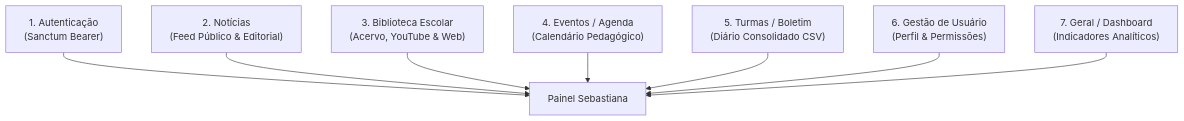
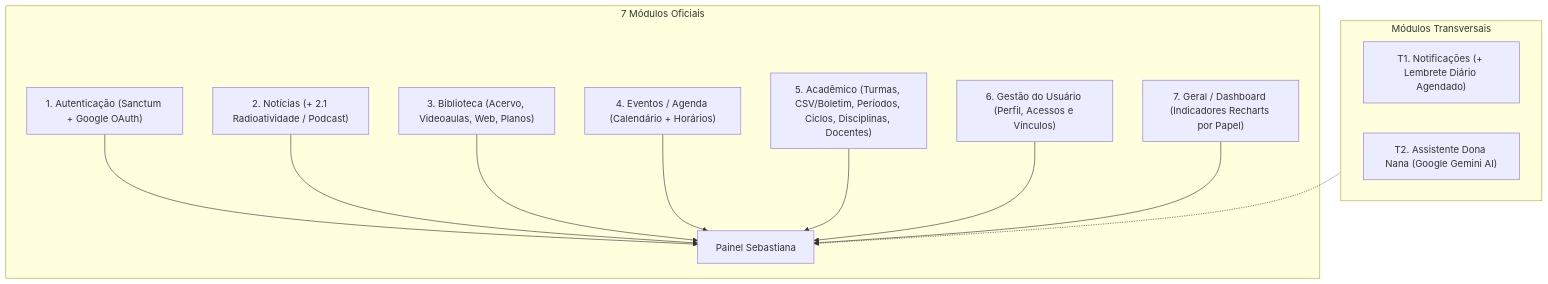
Before and after one commit to EEPSAS/portal-sebastiana: the diagram in README.md, drawn with Mermaid. The commit also changed other lines of this file and 6 other files, not shown here.

````diff
--- a/README.md
+++ b/README.md
@@ -62,10 +73,17 @@
 ```mermaid
 flowchart TD
-    M1["1. Autenticação<br/>(Sanctum Bearer)"] --> Painel["Painel Sebastiana"]
-    M2["2. Notícias<br/>(Feed Público & Editorial)"] --> Painel
-    M3["3. Biblioteca Escolar<br/>(Acervo, YouTube & Web)"] --> Painel
-    M4["4. Eventos / Agenda<br/>(Calendário Pedagógico)"] --> Painel
-    M5["5. Turmas / Boletim<br/>(Diário Consolidado CSV)"] --> Painel
-    M6["6. Gestão de Usuário<br/>(Perfil & Permissões)"] --> Painel
-    M7["7. Geral / Dashboard<br/>(Indicadores Analíticos)"] --> Painel
+    subgraph Oficiais["7 Módulos Oficiais"]
+        M1["1. Autenticação (Sanctum + Google OAuth)"] --> Painel["Painel Sebastiana"]
+        M2["2. Notícias (+ 2.1 Radioatividade / Podcast)"] --> Painel
+        M3["3. Biblioteca (Acervo, Videoaulas, Web, Planos)"] --> Painel
+        M4["4. Eventos / Agenda (Calendário + Horários)"] --> Painel
+        M5["5. Acadêmico (Turmas, CSV/Boletim, Períodos, Ciclos, Disciplinas, Docentes)"] --> Painel
+        M6["6. Gestão do Usuário (Perfil, Acessos e Vínculos)"] --> Painel
+        M7["7. Geral / Dashboard (Indicadores Recharts por Papel)"] --> Painel
+    end
+    subgraph Transversais["Módulos Transversais"]
+        T1["T1. Notificações (+ Lembrete Diário Agendado)"]
+        T2["T2. Assistente Dona Nana (Google Gemini AI)"]
+    end
+    Transversais -.-> Painel
 ```
````
